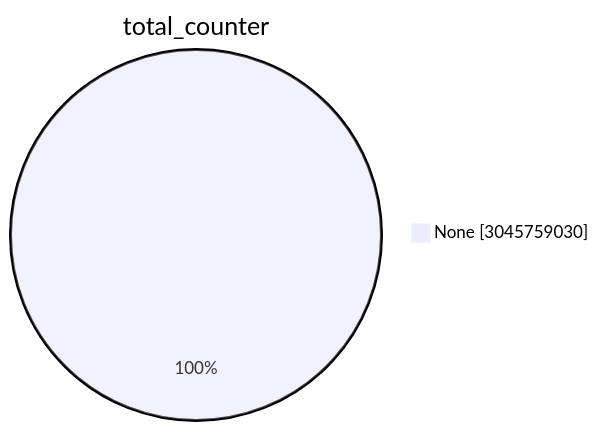
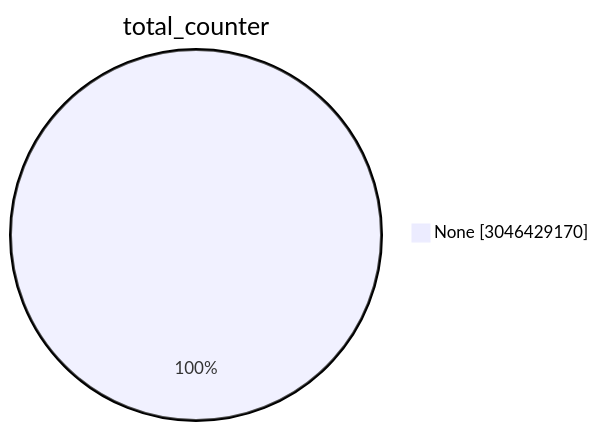
The first of 15 diagrams in TOTAL/README.md (christiankrug/ctmonitor_visualization), drawn with Mermaid before and after one commit. The commit also changed other lines of this file, not shown here.

````diff
--- a/TOTAL/README.md
+++ b/TOTAL/README.md
@@ -1,5 +1,5 @@
 ```mermaid
 pie showData
 title total_counter
-"None" :3045759030
+"None" :3046429170
 ```
````
